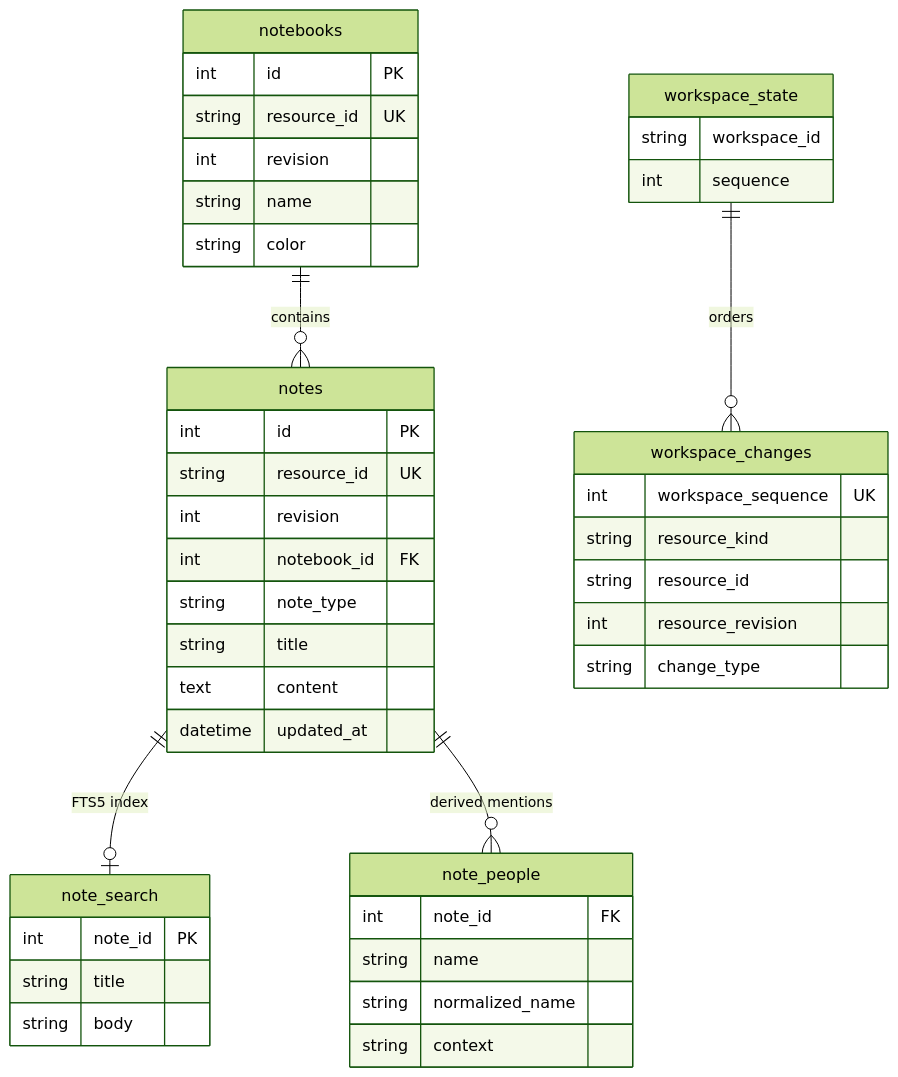
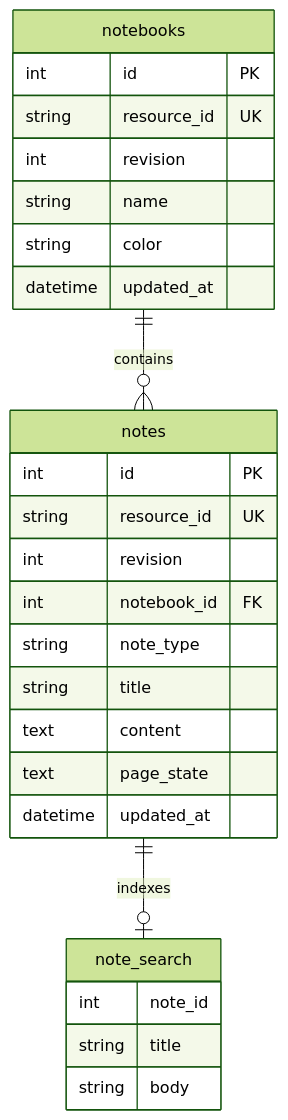
Before and after one commit to abhisheksreesaila/personalnote: the second of 2 diagrams in docs/ARCHITECTURE.md, drawn with Mermaid (forest theme). The commit also changed other lines of this file and 83 other files, not shown here.

````diff
--- a/docs/ARCHITECTURE.md
+++ b/docs/ARCHITECTURE.md
@@ -102,47 +75,30 @@
 ```mermaid
 erDiagram
     notebooks ||--o{ notes : contains
-    notes ||--o| note_search : "FTS5 index"
-    notes ||--o{ note_people : "derived mentions"
-    workspace_state ||--o{ workspace_changes : orders
+    notes ||--o| note_search : indexes
 
     notebooks {
         int id PK
         string resource_id UK
         int revision
         string name
         string color
+        datetime updated_at
     }
     notes {
         int id PK
         string resource_id UK
         int revision
         int notebook_id FK
         string note_type
         string title
         text content
+        text page_state
         datetime updated_at
     }
     note_search {
-        int note_id PK
+        int note_id
         string title
         string body
     }
-    note_people {
-        int note_id FK
-        string name
-        string normalized_name
-        string context
-    }
-    workspace_state {
-        string workspace_id
-        int sequence
-    }
-    workspace_changes {
-        int workspace_sequence UK
-        string resource_kind
-        string resource_id
-        int resource_revision
-        string change_type
-    }
 ```
````
